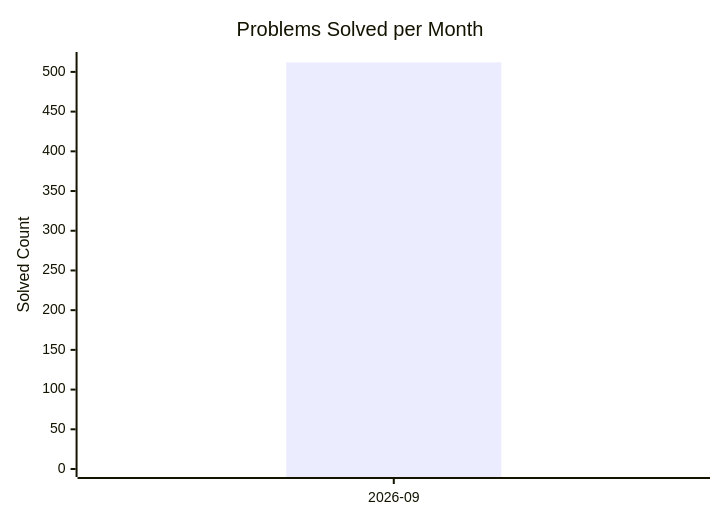
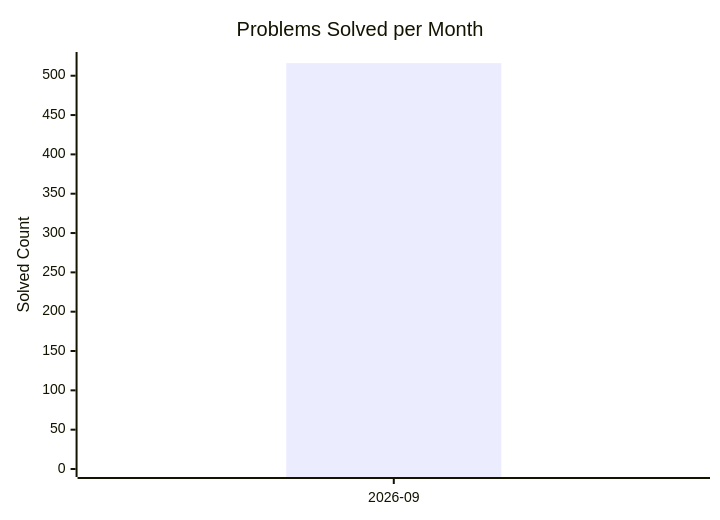
One commit to AdityaPandey-DEV/CP-Progress-Sync changed the diagram in dashboard.md. Above: the diagram before and after it, drawn with Mermaid. The commit also changed other lines of this file, not shown here.

Commit message:
Auto-update CP dashboard [skip ci]

````diff
--- a/dashboard.md
+++ b/dashboard.md
@@ -8,8 +8,8 @@
 ```mermaid
 xychart-beta
     title "Problems Solved per Month"
     x-axis ["2026-09"]
-    y-axis "Solved Count" 0 --> 515
-    bar [512]
-    line [512]
+    y-axis "Solved Count" 0 --> 520
+    bar [516]
+    line [516]
 ```
````
